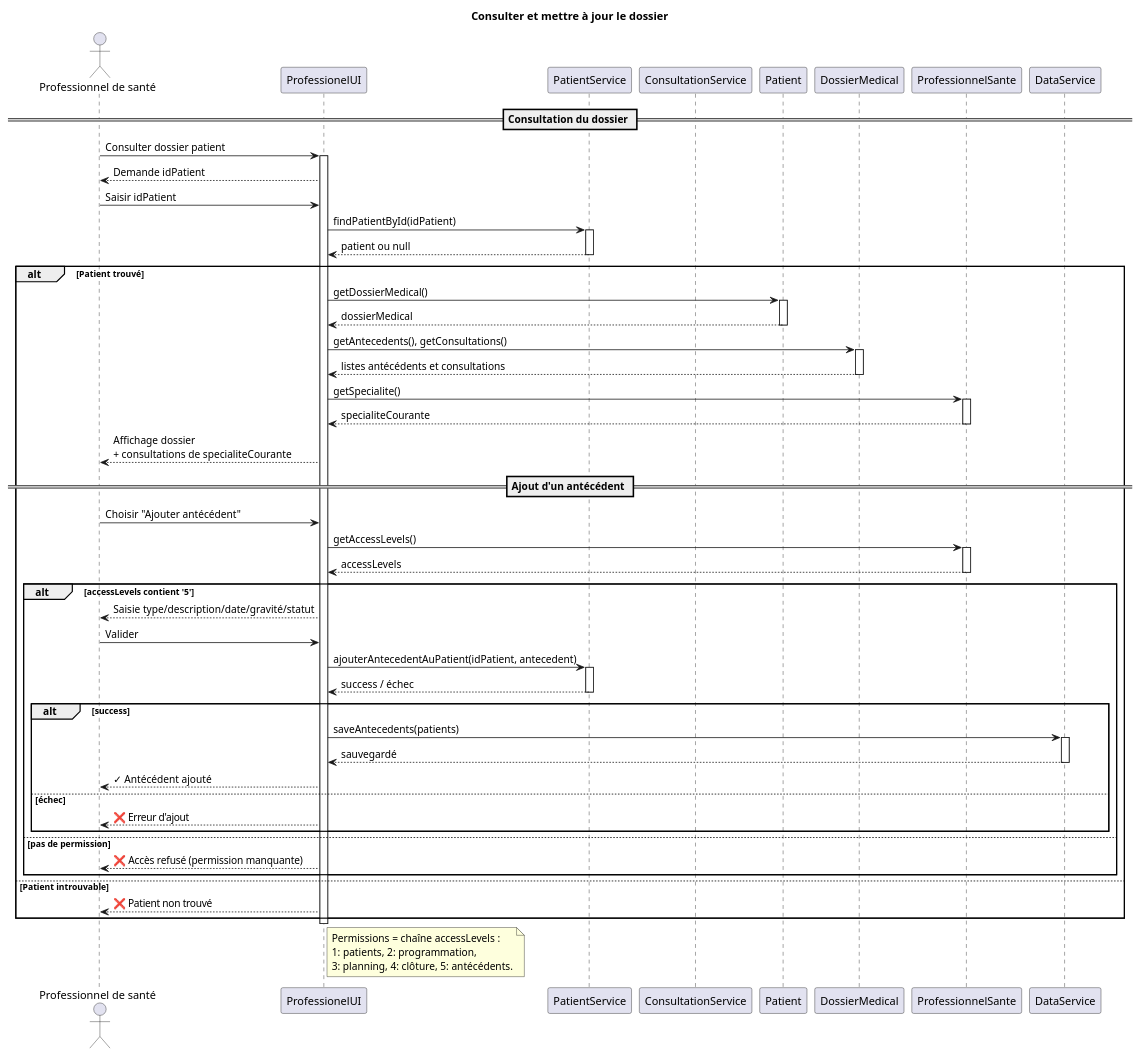
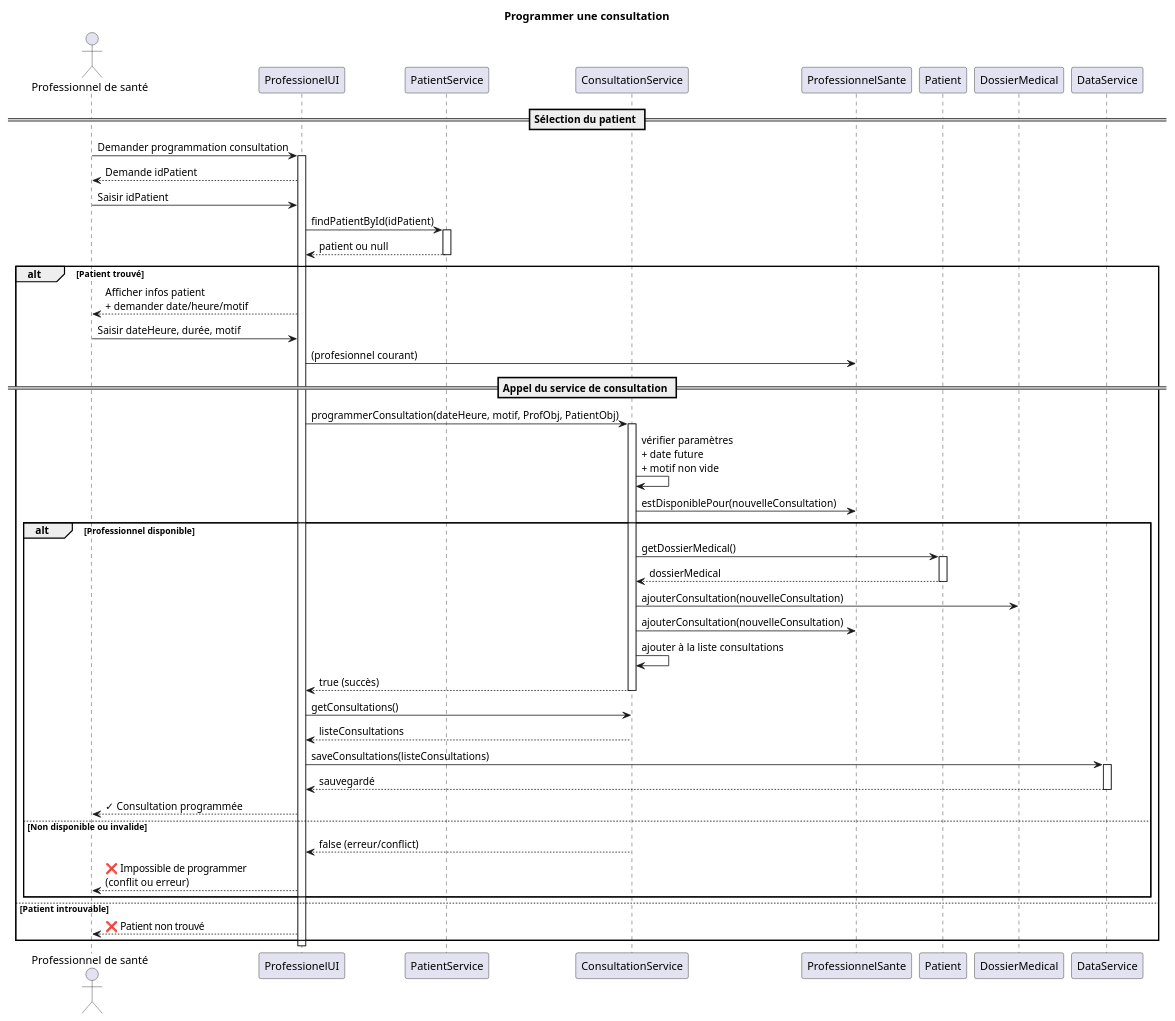
One commit to Prime-Dior/Groupe_24 changed the diagram in src/Diagrammes/sequences/sequence-programmer consultation.puml. Above: the diagram before and after it, drawn with PlantUML.

Commit message:
Update sequence-programmer consultation.puml

```diff
--- a/src/Diagrammes/sequences/sequence-programmer consultation.puml
+++ b/src/Diagrammes/sequences/sequence-programmer consultation.puml
@@ -1,88 +1,76 @@
-@startuml ConsulterMajDossier
-title Consulter et mettre à jour le dossier 
+@startuml 
+title Programmer une consultation
 
 actor "Professionnel de santé" as ProfSante
 participant "ProfessionelUI" as UI
 participant "PatientService" as PatientService
-participant "ConsultationService" as ConsService
+participant "ConsultationService" as ConsultService
+participant "ProfessionnelSante" as ProfObj
 participant "Patient" as PatientObj
 participant "DossierMedical" as Dossier
-participant "ProfessionnelSante" as ProfObj
 participant "DataService" as DataService
 
-== Consultation du dossier ==
-ProfSante -> UI : Consulter dossier patient
+== Sélection du patient ==
+ProfSante -> UI : Demander programmation consultation
 activate UI
 
 UI --> ProfSante : Demande idPatient
 ProfSante -> UI : Saisir idPatient
 
 UI -> PatientService : findPatientById(idPatient)
 activate PatientService
 PatientService --> UI : patient ou null
 deactivate PatientService
 
 alt Patient trouvé
-    UI -> PatientObj : getDossierMedical()
-    activate PatientObj
-    PatientObj --> UI : dossierMedical
-    deactivate PatientObj
+    UI --> ProfSante : Afficher infos patient\n+ demander date/heure/motif
 
-    UI -> Dossier : getAntecedents(), getConsultations()
-    activate Dossier
-    Dossier --> UI : listes antécédents et consultations
-    deactivate Dossier
+    ProfSante -> UI : Saisir dateHeure, durée, motif
 
-    ' Filtre par spécialité du professionnel connecté
-    UI -> ProfObj : getSpecialite()
-    activate ProfObj
-    ProfObj --> UI : specialiteCourante
-    deactivate ProfObj
+    ' Récupération du professionnel connecté
+    UI -> ProfObj : (profesionnel courant)
 
-    UI --> ProfSante : Affichage dossier\n+ consultations de specialiteCourante
+    == Appel du service de consultation ==
+    UI -> ConsultService : programmerConsultation(dateHeure, motif, ProfObj, PatientObj)
+    activate ConsultService
 
-    == Ajout d'un antécédent ==
-    ProfSante -> UI : Choisir "Ajouter antécédent"
+    ' Dans le service : validations et disponibilités
+    ConsultService -> ConsultService : vérifier paramètres\n+ date future\n+ motif non vide
 
-    ' Vérification permission via accessLevels (chiffre 5)
-    UI -> ProfObj : getAccessLevels()
-    activate ProfObj
-    ProfObj --> UI : accessLevels
-    deactivate ProfObj
+    ConsultService -> ProfObj : estDisponiblePour(nouvelleConsultation)
+    alt Professionnel disponible
+        ConsultService -> PatientObj : getDossierMedical()
+        activate PatientObj
+        PatientObj --> ConsultService : dossierMedical
+        deactivate PatientObj
 
-    alt accessLevels contient '5'
-        UI --> ProfSante : Saisie type/description/date/gravité/statut
-        ProfSante -> UI : Valider
+        ConsultService -> Dossier : ajouterConsultation(nouvelleConsultation)
+        ConsultService -> ProfObj : ajouterConsultation(nouvelleConsultation)
+        ConsultService -> ConsultService : ajouter à la liste consultations
 
-        UI -> PatientService : ajouterAntecedentAuPatient(idPatient, antecedent)
-        activate PatientService
-        PatientService --> UI : success / échec
-        deactivate PatientService
+        ConsultService --> UI : true (succès)
+        deactivate ConsultService
 
-        alt success
-            UI -> DataService : saveAntecedents(patients)
-            activate DataService
-            DataService --> UI : sauvegardé
-            deactivate DataService
+        ' Mise à jour durée et sauvegarde
+        UI -> ConsultService : getConsultations()
+        ConsultService --> UI : listeConsultations
 
-            UI --> ProfSante : ✓ Antécédent ajouté
-        else échec
-            UI --> ProfSante : ❌ Erreur d'ajout
-        end
-    else pas de permission
-        UI --> ProfSante : ❌ Accès refusé (permission manquante)
+        UI -> DataService : saveConsultations(listeConsultations)
+        activate DataService
+        DataService --> UI : sauvegardé
+        deactivate DataService
+
+        UI --> ProfSante : ✓ Consultation programmée
+    else Non disponible ou invalide
+        ConsultService --> UI : false (erreur/conflict)
+        deactivate ConsultService
+        UI --> ProfSante : ❌ Impossible de programmer\n(conflit ou erreur)
     end
 
 else Patient introuvable
     UI --> ProfSante : ❌ Patient non trouvé
 end
 
 deactivate UI
 
-note right of UI
-  Permissions = chaîne accessLevels :
-  1: patients, 2: programmation,
-  3: planning, 4: clôture, 5: antécédents.
-end note
-
 @enduml
```
